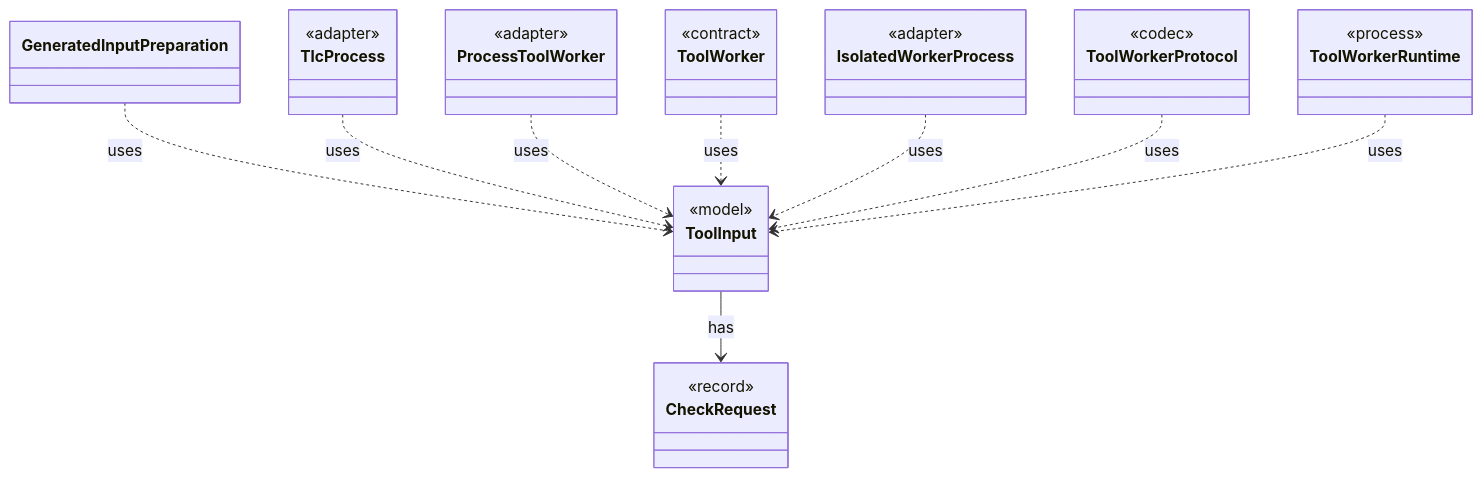
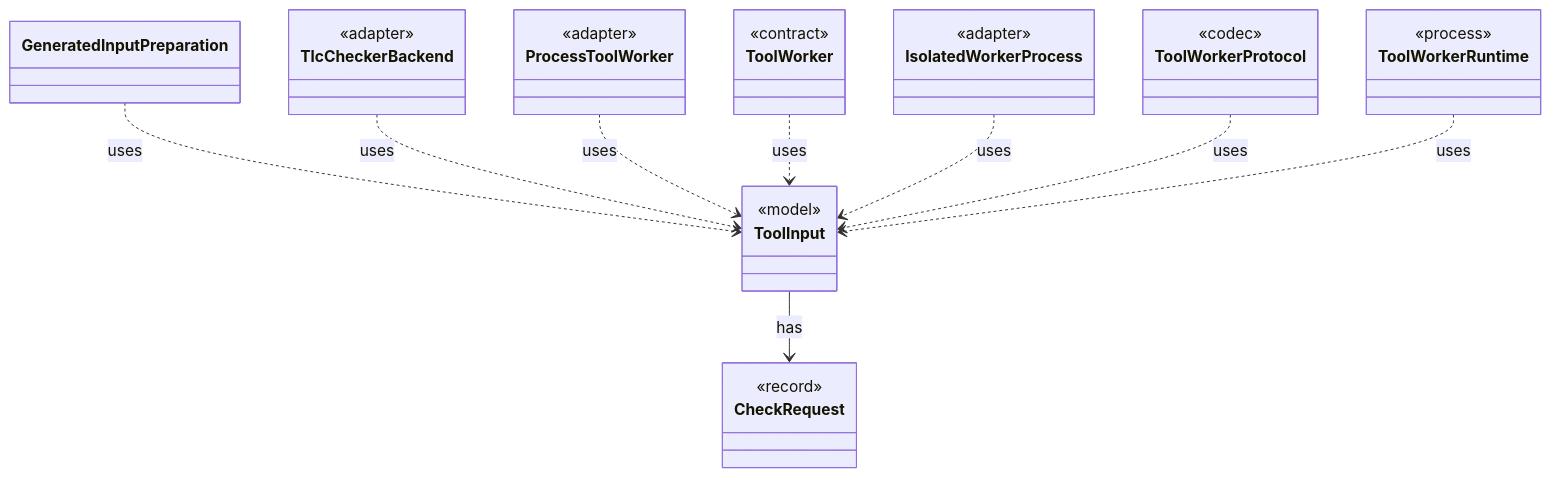
Before and after one commit to tlaplus/model-checker-hardening: the diagram in dev/types/io.github.tlaplus.hardening.workflow.worker.ToolInput.md, drawn with Mermaid. The commit also changed other lines of this file and 408 other files, not shown here.

````diff
--- a/dev/types/io.github.tlaplus.hardening.workflow.worker.ToolInput.md
+++ b/dev/types/io.github.tlaplus.hardening.workflow.worker.ToolInput.md
@@ -7,36 +7,36 @@
 ```mermaid
 classDiagram
   class ToolInput {
     <<model>>
   }
   class CheckRequest {
     <<record>>
   }
   class GeneratedInputPreparation
-  class TlcProcess {
+  class TlcCheckerBackend {
     <<adapter>>
   }
   class ProcessToolWorker {
     <<adapter>>
   }
   class ToolWorker {
     <<contract>>
   }
   class IsolatedWorkerProcess {
     <<adapter>>
   }
   class ToolWorkerProtocol {
     <<codec>>
   }
   class ToolWorkerRuntime {
     <<process>>
   }
   ToolInput --> CheckRequest : has
   GeneratedInputPreparation ..> ToolInput : uses
-  TlcProcess ..> ToolInput : uses
+  TlcCheckerBackend ..> ToolInput : uses
   ProcessToolWorker ..> ToolInput : uses
   ToolWorker ..> ToolInput : uses
   IsolatedWorkerProcess ..> ToolInput : uses
   ToolWorkerProtocol ..> ToolInput : uses
   ToolWorkerRuntime ..> ToolInput : uses
 ```
````
